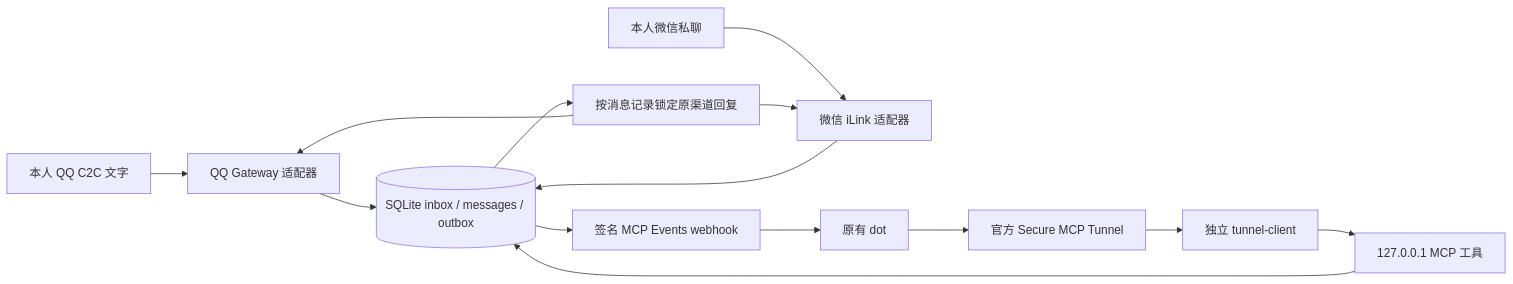
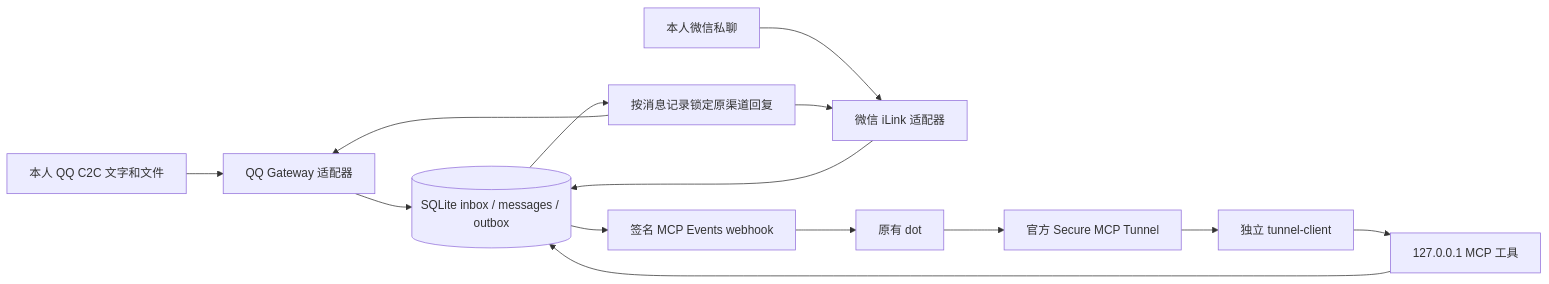
The diagram in README.md (Flysky701/dot-im-gateway), drawn with Mermaid before and after one commit. The commit also changed other lines of this file and 27 other files, not shown here.

````diff
--- a/README.md
+++ b/README.md
@@ -70,16 +70,16 @@
 ```mermaid
 flowchart LR
-  Q[本人 QQ C2C 文字] --> QA[QQ Gateway 适配器]
+  Q[本人 QQ C2C 文字和文件] --> QA[QQ Gateway 适配器]
   W[本人微信私聊] --> WA[微信 iLink 适配器]
   QA --> DB[(SQLite inbox / messages / outbox)]
   WA --> DB
   DB --> E[签名 MCP Events webhook]
   E --> D[原有 dot]
   D --> T[官方 Secure MCP Tunnel]
   T --> C[独立 tunnel-client]
   C --> M[127.0.0.1 MCP 工具]
   M --> DB
   DB --> R[按消息记录锁定原渠道回复]
   R --> QA
   R --> WA
 ```
````
